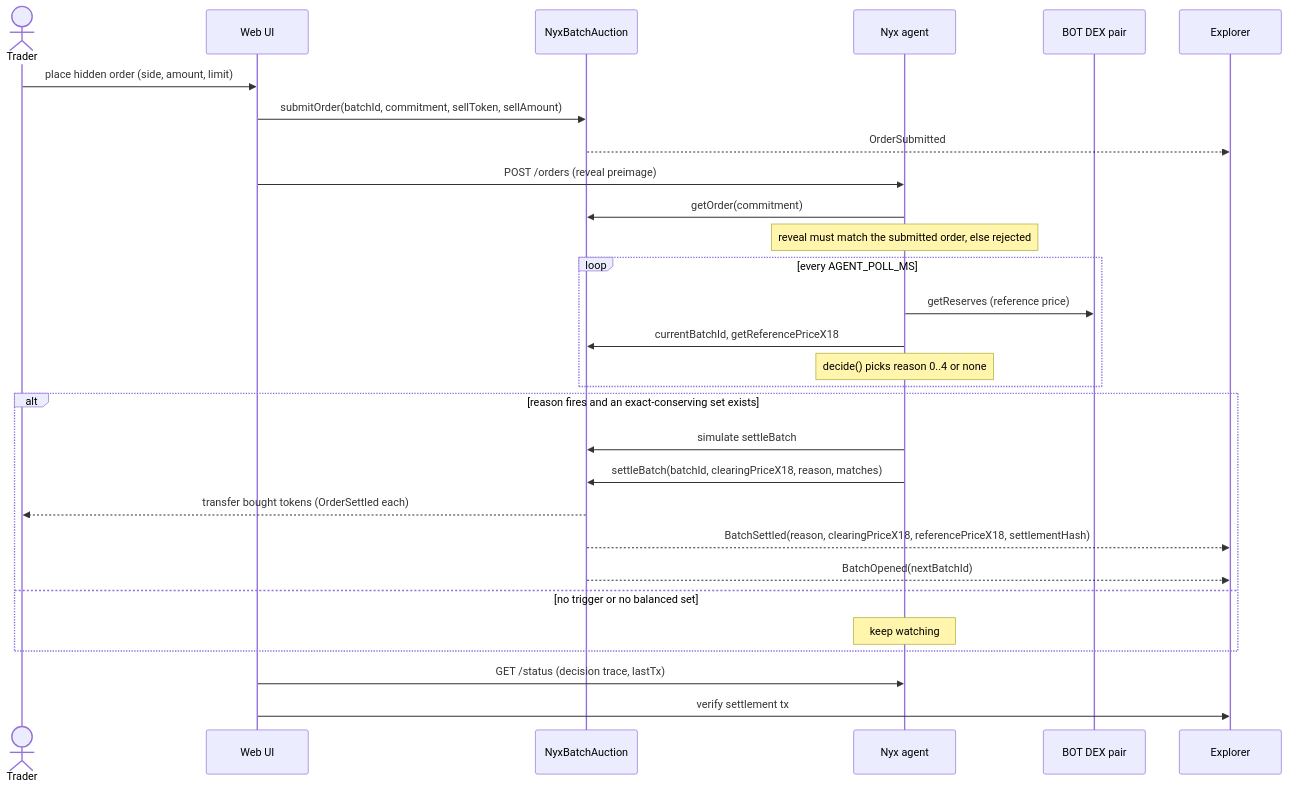
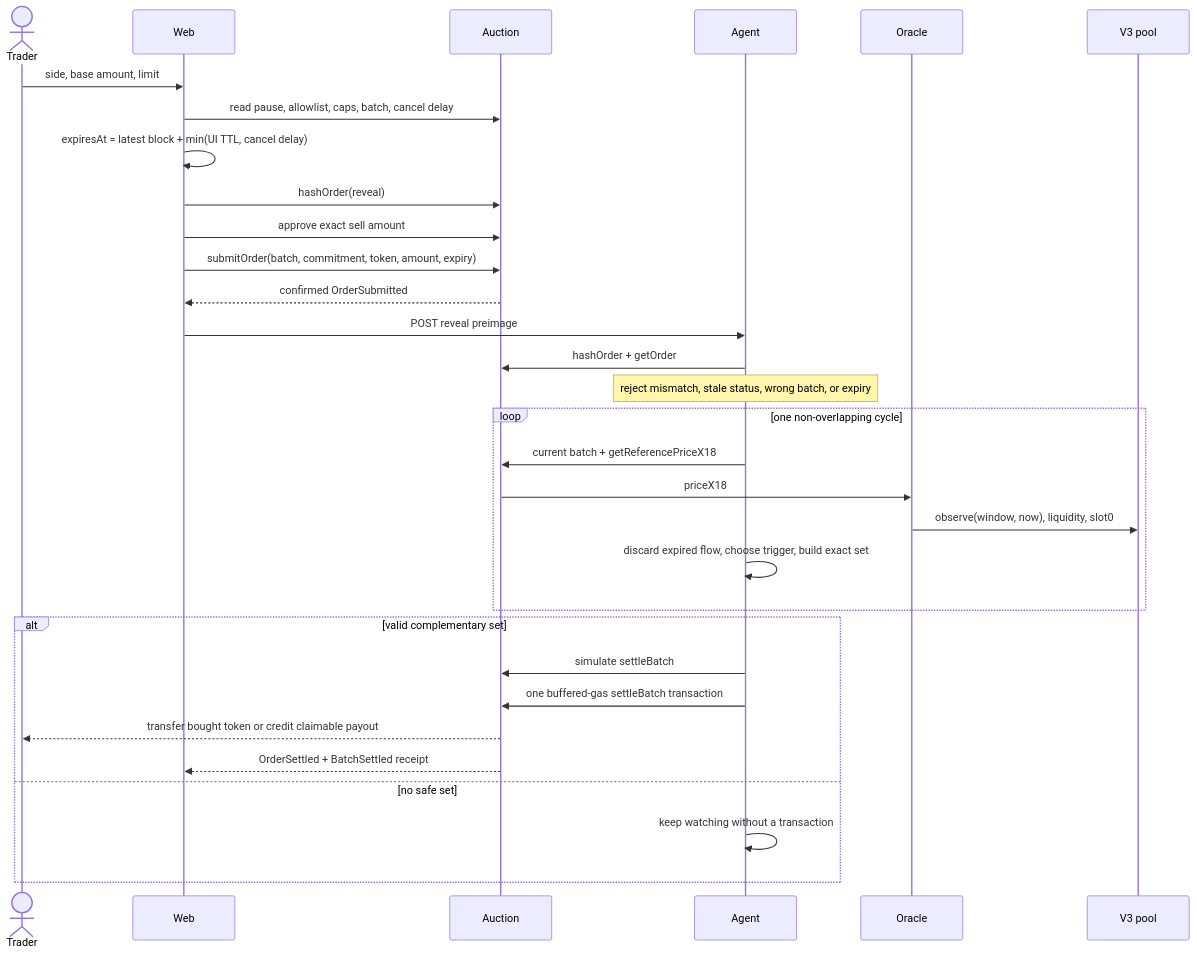
One commit to Timidan/nyx changed the second of 5 diagrams in docs/ARCHITECTURE.md. Above: the diagram before and after it, drawn with Mermaid. The commit also changed other lines of this file and 8 other files, not shown here.

````diff
--- a/docs/ARCHITECTURE.md
+++ b/docs/ARCHITECTURE.md
@@ -43,35 +45,36 @@
 ```mermaid
 sequenceDiagram
     actor Trader
-    participant Web as Web UI
-    participant Auction as NyxBatchAuction
-    participant Agent as Nyx agent
-    participant DEX as BOT DEX pair
-    participant Explorer
+    participant Web
+    participant Auction
+    participant Agent
+    participant Oracle
+    participant V3 as V3 pool
 
-    Trader->>Web: place hidden order (side, amount, limit)
-    Web->>Auction: submitOrder(batchId, commitment, sellToken, sellAmount)
-    Auction-->>Explorer: OrderSubmitted
-    Web->>Agent: POST /orders (reveal preimage)
-    Agent->>Auction: getOrder(commitment)
-    Note over Agent: reveal must match the submitted order, else rejected
+    Trader->>Web: side, base amount, limit
+    Web->>Auction: read pause, allowlist, caps, batch, cancel delay
+    Web->>Web: expiresAt = latest block + min(UI TTL, cancel delay)
+    Web->>Auction: hashOrder(reveal)
+    Web->>Auction: approve exact sell amount
+    Web->>Auction: submitOrder(batch, commitment, token, amount, expiry)
+    Auction-->>Web: confirmed OrderSubmitted
+    Web->>Agent: POST reveal preimage
+    Agent->>Auction: hashOrder + getOrder
+    Note over Agent: reject mismatch, stale status, wrong batch, or expiry
 
-    loop every AGENT_POLL_MS
-        Agent->>DEX: getReserves (reference price)
-        Agent->>Auction: currentBatchId, getReferencePriceX18
-        Note over Agent: decide() picks reason 0..4 or none
+    loop one non-overlapping cycle
+        Agent->>Auction: current batch + getReferencePriceX18
+        Auction->>Oracle: priceX18
+        Oracle->>V3: observe(window, now), liquidity, slot0
+        Agent->>Agent: discard expired flow, choose trigger, build exact set
     end
 
-    alt reason fires and an exact-conserving set exists
+    alt valid complementary set
         Agent->>Auction: simulate settleBatch
-        Agent->>Auction: settleBatch(batchId, clearingPriceX18, reason, matches)
-        Auction-->>Trader: transfer bought tokens (OrderSettled each)
-        Auction-->>Explorer: BatchSettled(reason, clearingPriceX18, referencePriceX18, settlementHash)
-        Auction-->>Explorer: BatchOpened(nextBatchId)
-    else no trigger or no balanced set
-        Note over Agent: keep watching
+        Agent->>Auction: one buffered-gas settleBatch transaction
+        Auction-->>Trader: transfer bought token or credit claimable payout
+        Auction-->>Web: OrderSettled + BatchSettled receipt
+    else no safe set
+        Agent->>Agent: keep watching without a transaction
     end
-
-    Web->>Agent: GET /status (decision trace, lastTx)
-    Web->>Explorer: verify settlement tx
 ```
````
